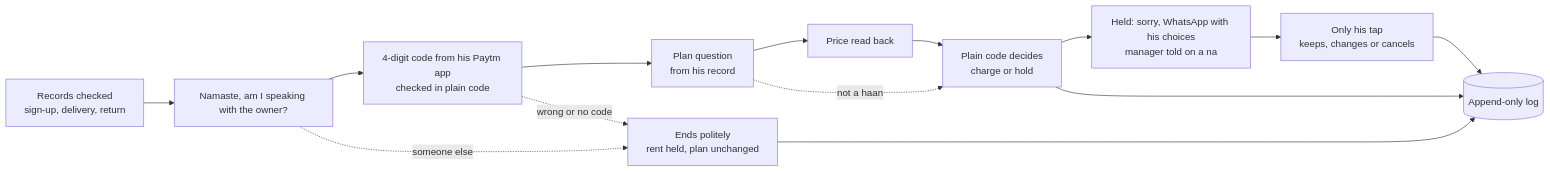
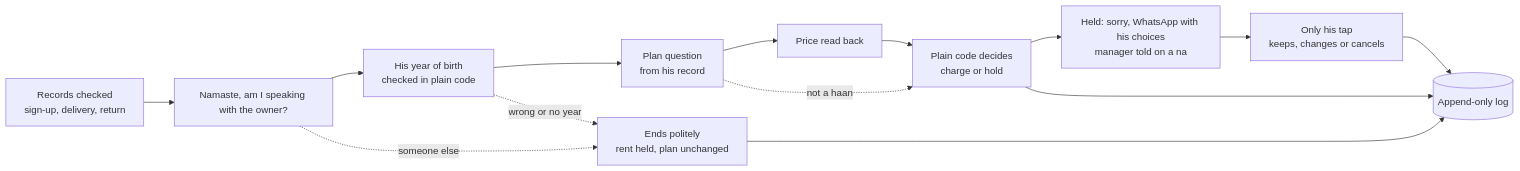
The diagram in README.md (vyagh/paytm-soundbox-settled), drawn with Mermaid before and after one commit. The commit also changed other lines of this file and 16 other files, not shown here.

Commit message:
identity: ask his year of birth instead of an app code

````diff
--- a/README.md
+++ b/README.md
@@ -19,16 +19,16 @@
 ```mermaid
 flowchart LR
     A["Records checked<br/>sign-up, delivery, return"] --> C["Namaste, am I speaking with the owner?"]
-    C --> D["4-digit code from his Paytm app<br/>checked in plain code"]
+    C --> D["His year of birth<br/>checked in plain code"]
     D --> E["Plan question<br/>from his record"]
     E --> F["Price read back"]
     F --> G["Plain code decides<br/>charge or hold"]
     E -. not a haan .-> G
     C -. someone else .-> X["Ends politely<br/>rent held, plan unchanged"]
-    D -. wrong or no code .-> X
+    D -. wrong or no year .-> X
     G --> H["Held: sorry, WhatsApp with his choices<br/>manager told on a na"]
     H --> I["Only his tap<br/>keeps, changes or cancels"]
     G --> L[("Append-only log")]
     X --> L
     I --> L
 ```
````
